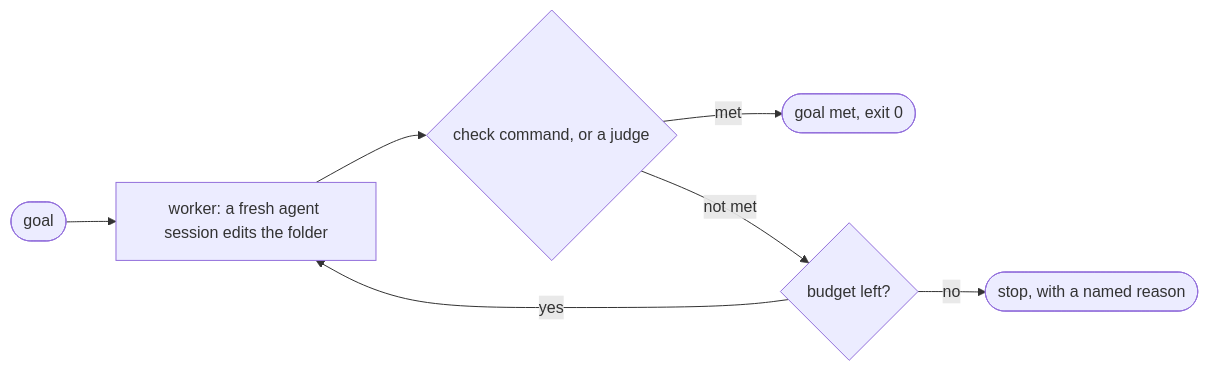
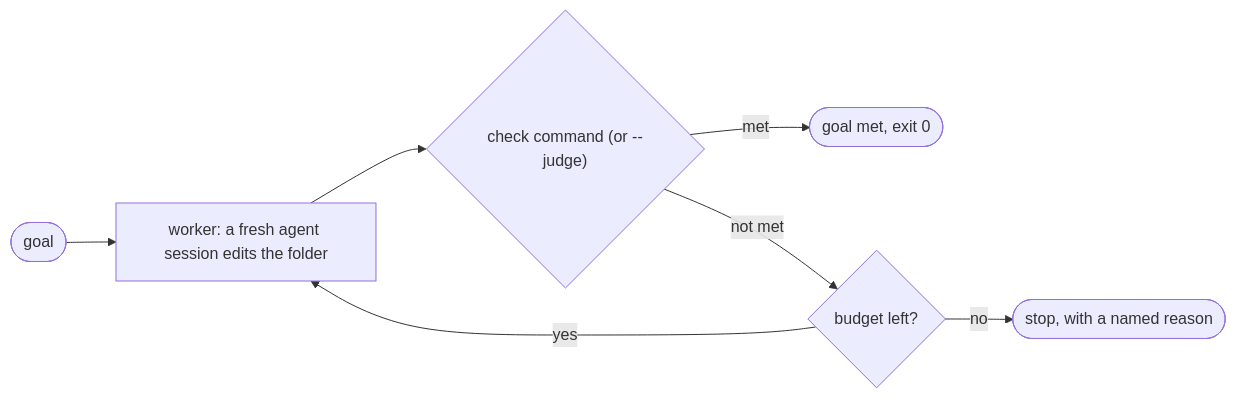
One commit to ydmitry/subgoal-skill changed the diagram in README.md. Above: the diagram before and after it, drawn with Mermaid. The commit also changed other lines of this file and 8 other files, not shown here.

First line of the commit message:
feat: with no check, plan and run one step; the judge is opt-in

````diff
--- a/README.md
+++ b/README.md
@@ -29,9 +29,9 @@
 ```mermaid
 flowchart LR
     G([goal]) --> W["worker: a fresh agent session edits the folder"]
-    W --> C{"check command, or a judge"}
+    W --> C{"check command (or --judge)"}
     C -- met --> M([goal met, exit 0])
     C -- not met --> B{budget left?}
     B -- yes --> W
     B -- no --> S([stop, with a named reason])
 ```
````
